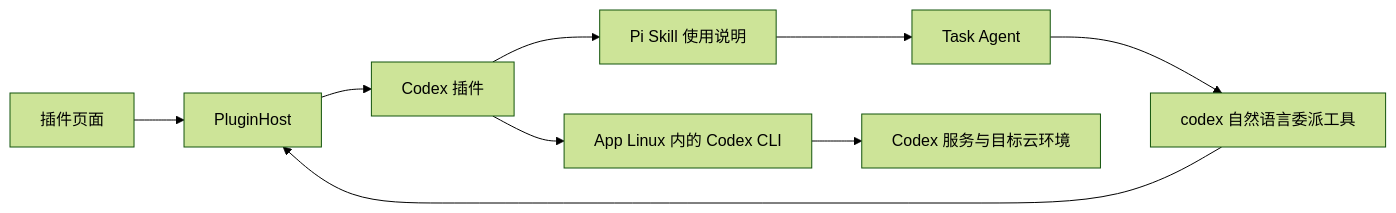
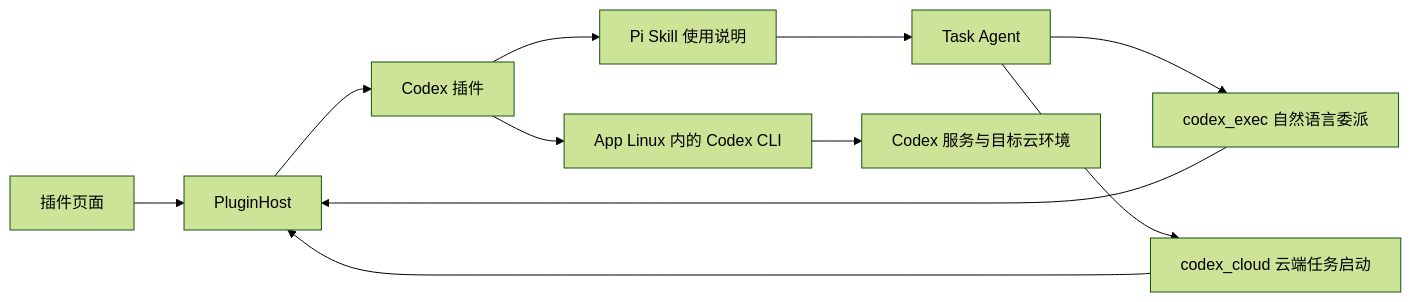
Before and after one commit to GrinZero/super-looi: the diagram in docs/plans/plugin-system-and-codex-cloud-plan.md, drawn with Mermaid (forest theme). The commit also changed other lines of this file and 1 other file, not shown here.

Commit message:
docs: split Codex exec delegation and Cloud task launch tools

````diff
--- a/docs/plans/plugin-system-and-codex-cloud-plan.md
+++ b/docs/plans/plugin-system-and-codex-cloud-plan.md
@@ -7,11 +7,13 @@
 ```mermaid
 flowchart LR
   U[插件页面] --> H[PluginHost]
   P[Codex 插件] --> S[Pi Skill 使用说明]
   S --> A[Task Agent]
-  A --> T[codex 自然语言委派工具]
+  A --> E[codex_exec 自然语言委派]
+  A --> T[codex_cloud 云端任务启动]
+  E --> H
   T --> H
   H --> P
   P --> L[App Linux 内的 Codex CLI]
   L --> C[Codex 服务与目标云环境]
 ```
````
